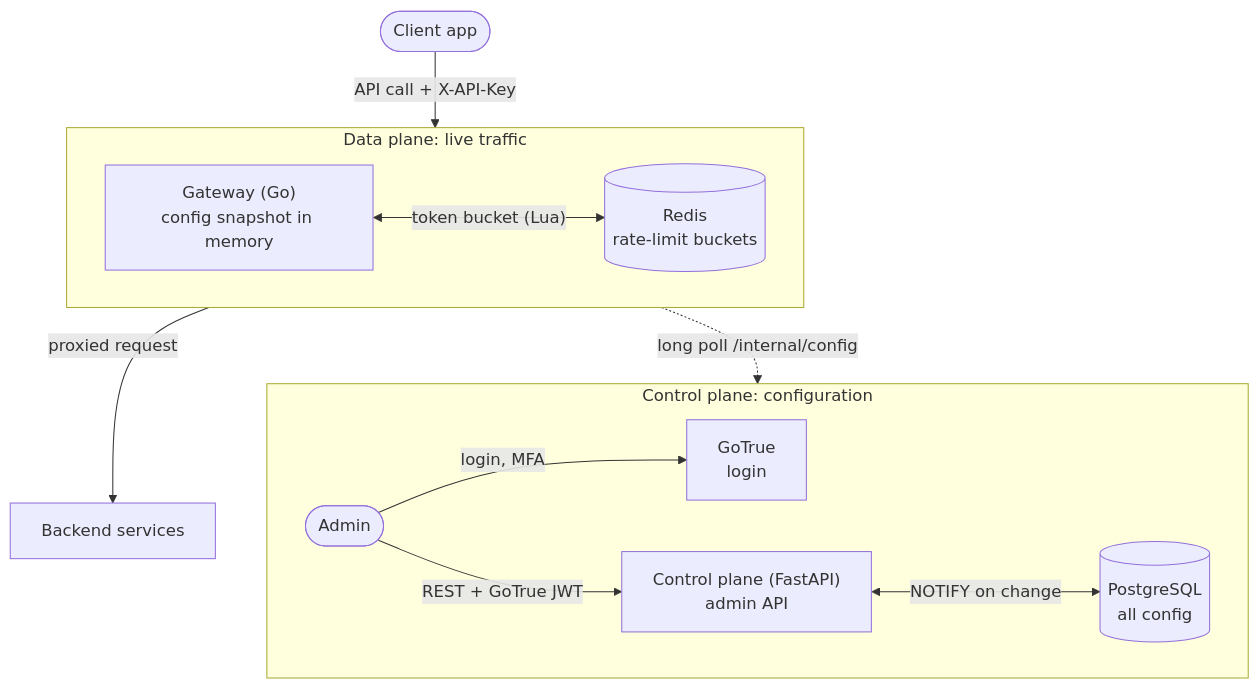
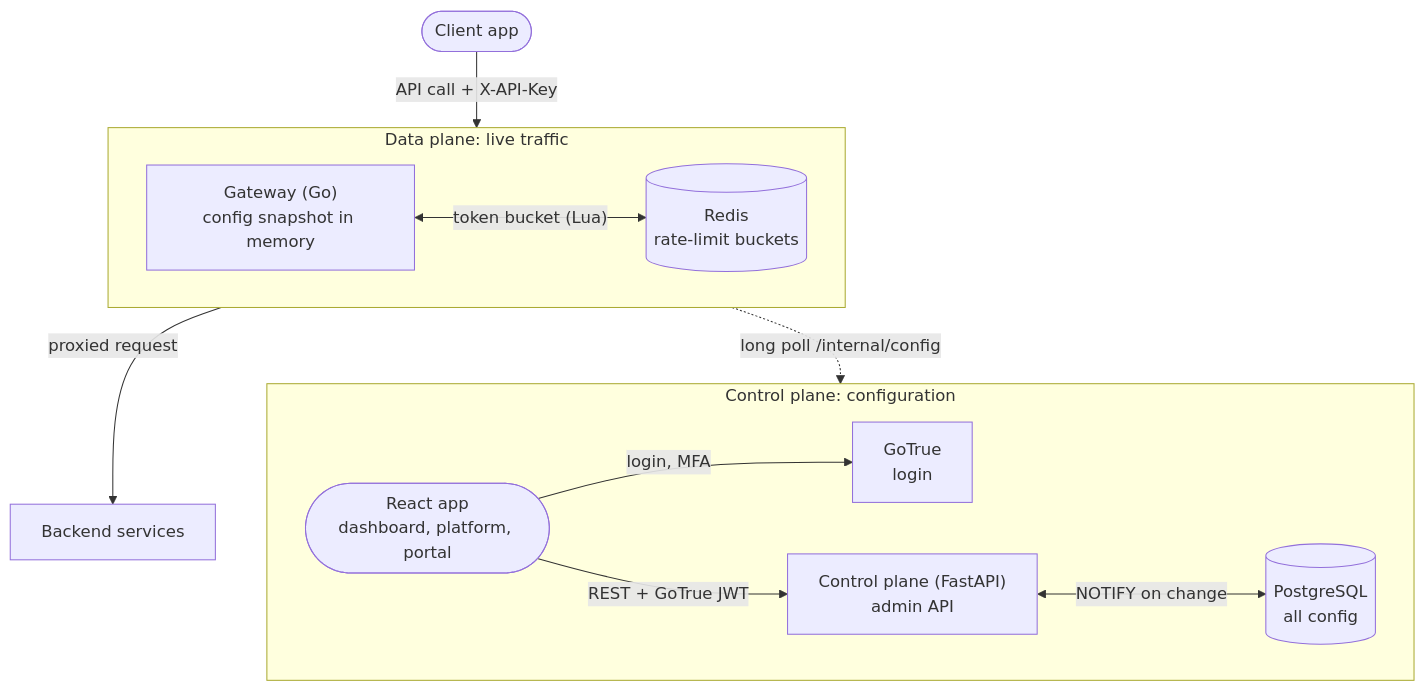
One commit to Ali-Odeh/API-Management-Platform changed the first of 2 diagrams in README.md. Above: the diagram before and after it, drawn with Mermaid. The commit also changed other lines of this file, not shown here.

First line of the commit message:
README: the React app, current numbers, a working Try it with plans, status

````diff
--- a/README.md
+++ b/README.md
@@ -27,21 +29,21 @@
 ```mermaid
 flowchart TB
     app([Client app])
 
     subgraph data["Data plane: live traffic"]
         direction LR
         gw["Gateway (Go)<br/>config snapshot in memory"] <-- "token bucket (Lua)" --> redis[("Redis<br/>rate-limit buckets")]
     end
 
     backends["Backend services"]
 
     subgraph control["Control plane: configuration"]
         direction LR
-        admin([Admin]) -- "login, MFA" --> auth["GoTrue<br/>login"]
+        admin(["React app<br/>dashboard, platform, portal"]) -- "login, MFA" --> auth["GoTrue<br/>login"]
         admin -- "REST + GoTrue JWT" --> cp["Control plane (FastAPI)<br/>admin API"] <-- "NOTIFY on change" --> pg[("PostgreSQL<br/>all config")]
     end
 
     app -- "API call + X-API-Key" --> gw
     gw -- "proxied request" --> backends
     gw -. "long poll /internal/config" .-> cp
 ```
````
